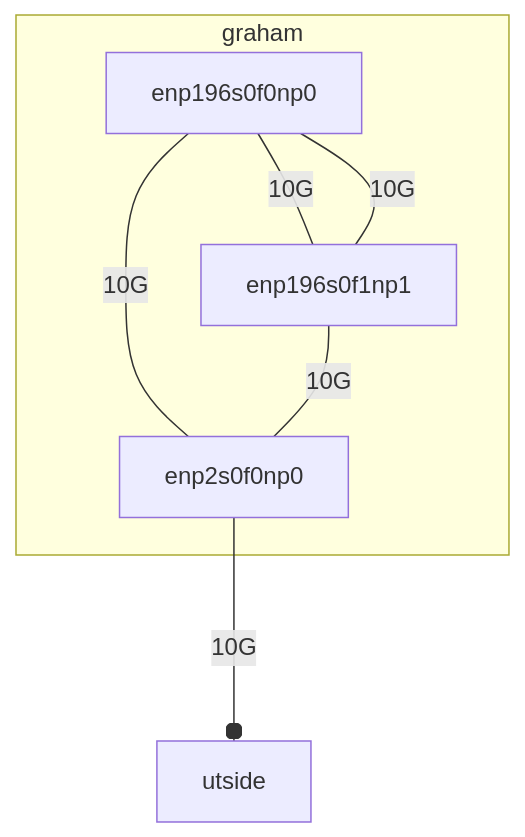
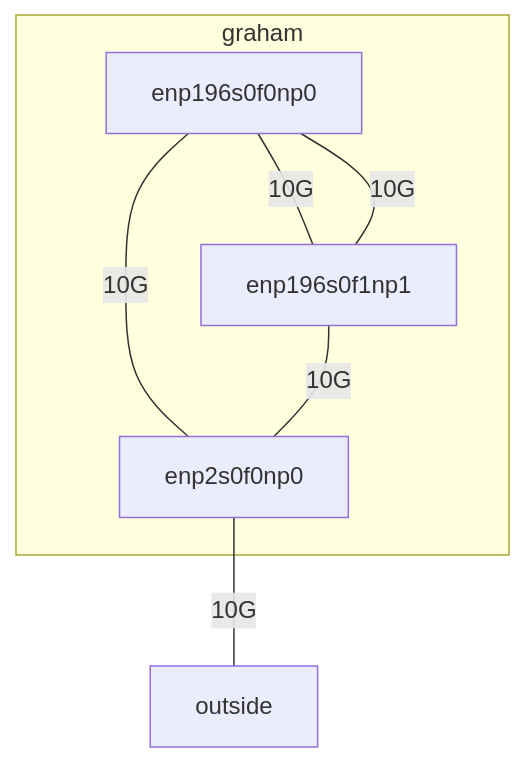
Before and after one commit to ackxolotl/doctor-cluster-config: the fifth of 5 diagrams in some-mermaid-graph.md, drawn with Mermaid.

````diff
--- a/some-mermaid-graph.md
+++ b/some-mermaid-graph.md
@@ -62,16 +62,16 @@
 ```mermaid
   graph TD
-    graham.enp2s0f0np0["enp2s0f0np0"]-- 10G ---outside
+    graham.enp2s0f0np0["enp2s0f0np0"]-- 10G ---A["outside"]
     graham.enp196s0f0np0["enp196s0f0np0"]-- 10G ---graham.enp2s0f0np0["enp2s0f0np0"]
     graham.enp196s0f0np0["enp196s0f0np0"]-- 10G ---graham.enp196s0f1np1["enp196s0f1np1"]
     graham.enp196s0f1np1["enp196s0f1np1"]-- 10G ---graham.enp2s0f0np0["enp2s0f0np0"]
     graham.enp196s0f1np1["enp196s0f1np1"]-- 10G ---graham.enp196s0f0np0["enp196s0f0np0"]
     subgraph graham
     graham.enp2s0f0np0["enp2s0f0np0"]
     graham.enp196s0f0np0["enp196s0f0np0"]
     graham.enp196s0f0np0["enp196s0f0np0"]
     graham.enp196s0f1np1["enp196s0f1np1"]
     graham.enp196s0f1np1["enp196s0f1np1"]
     end
-    click outside "https://github.com/ackxolotl/doctor-cluster-config/blob/mermaid/docs/tum/astrid.md" "outside"
+    click A "https://github.com/ackxolotl/doctor-cluster-config/blob/mermaid/docs/tum/astrid.md" "outside"
 ```
````
